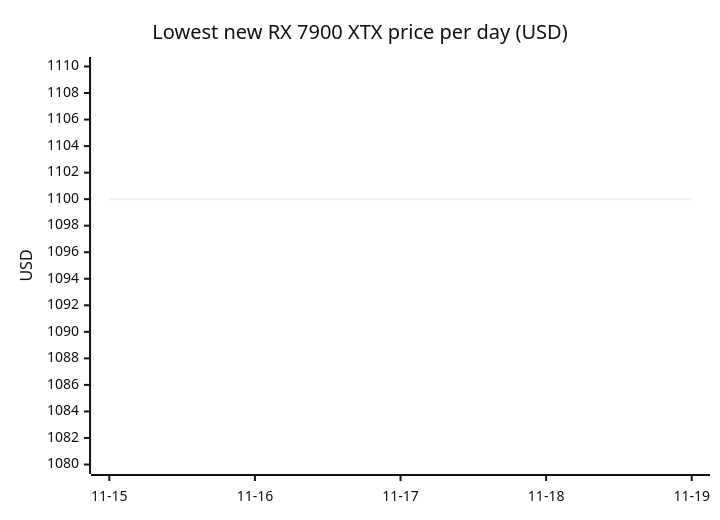
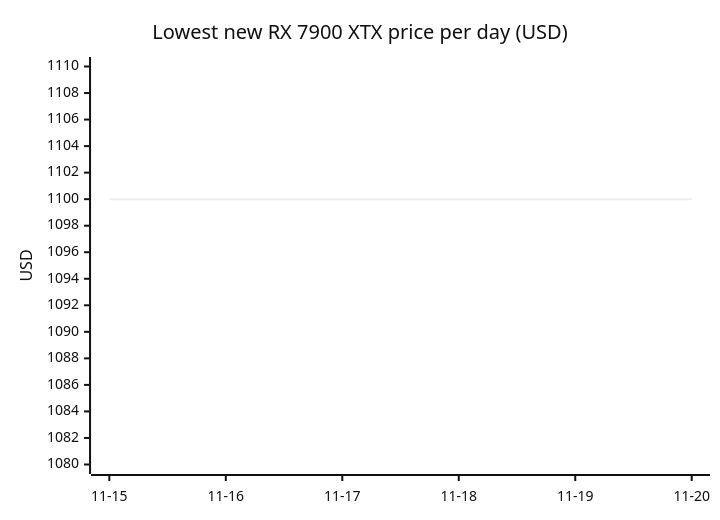
One commit to 7324136828/4tb_ssd_price_watch changed diagram 13 of 18 in README.md. Above: the diagram before and after it, drawn with Mermaid (neutral theme). The commit also changed other lines of this file, not shown here.

````diff
--- a/README.md
+++ b/README.md
@@ -964,7 +1016,7 @@
 ```mermaid
 xychart-beta
     title "Lowest new RX 7900 XTX price per day (USD)"
-    x-axis ["11-15", "11-16", "11-17", "11-18", "11-19"]
+    x-axis ["11-15", "11-16", "11-17", "11-18", "11-19", "11-20"]
     y-axis "USD" 1080 --> 1110
-    line [1099.99, 1099.99, 1099.99, 1099.99, 1099.99]
+    line [1099.99, 1099.99, 1099.99, 1099.99, 1099.99, 1099.99]
 ```
````
